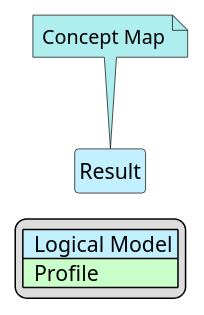
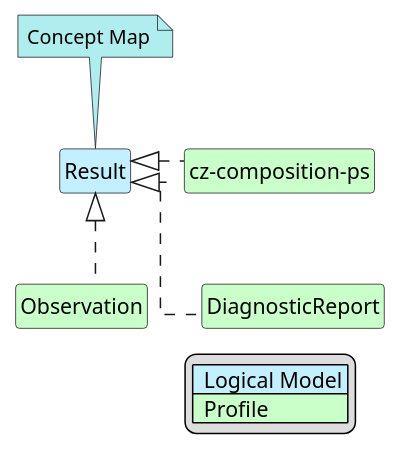
The diagram in input/images-source/PS_Result-map.plantuml (HL7-cz/ps), drawn with PlantUML before and after one commit. The commit also changed 1 other file, not shown here.

Commit message:
add pregnancy and results map

```diff
--- a/input/images-source/PS_Result-map.plantuml
+++ b/input/images-source/PS_Result-map.plantuml
@@ -1,27 +1,31 @@
 @startuml PS_Result-map
 hide circle
 hide stereotype
 hide members
 hide methods
 skinparam linetype ortho
 skinparam class {
 BackgroundColor<<LogicalModel>> #APPLICATION
 BackgroundColor<<Profile>> #TECHNOLOGY
 }
 legend right
 | <#APPLICATION>  Logical Model |
 | <#TECHNOLOGY>  Profile |
 endlegend
-class "Result" <<LogicalModel>> [[StructureDefinition-LogResultsCz.html]]
-note top #PaleTurquoise [[ConceptMap-result2FHIR-cz-ps.html]]
+class "Result" <<LogicalModel>> [[StructureDefinition-LogResultsCzEn.html]]
+note top #PaleTurquoise [[ConceptMap-results2FHIR-cz-ps.html]]
 Concept Map
 endnote
 ' --- Profiles mapping Alerts ---
-
-
+class "cz-composition-ps" <<Profile>> [[StructureDefinition-cz-composition-ps.html]]
+class "Observation" <<Profile>> [[StructureDefinition-Observation.html]]
+class "DiagnosticReport" <<Profile>> [[StructureDefinition-DiagnosticReport.html]]
 ' --- Realization links ---
-
-
+"Result" <|. "cz-composition-ps"
+"Result" <|. "Observation"
+"Result" <|. "DiagnosticReport"
 ' ' (volitelné – skryté vazby jen pro rozložení v diagramu)
-
+"Result" -d[hidden]-> "cz-composition-ps"
+"cz-composition-ps" -d[hidden]-> "Observation"
+"cz-composition-ps" -d[hidden]-> "DiagnosticReport"
 @enduml
```
